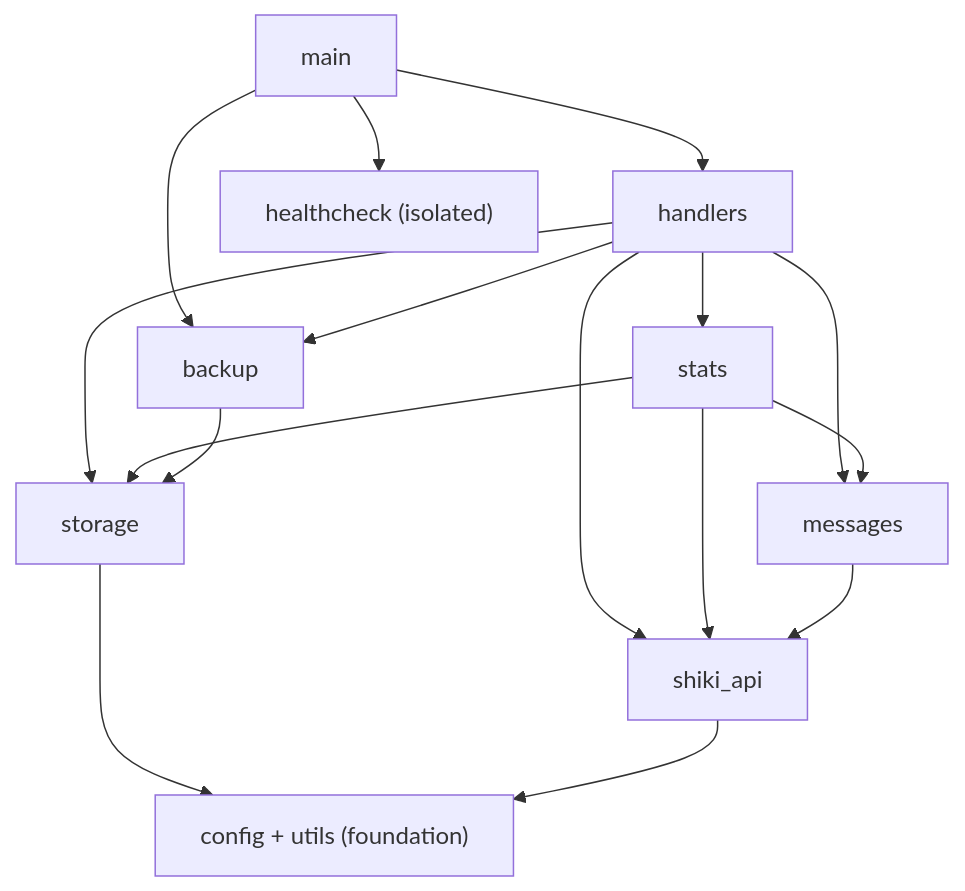
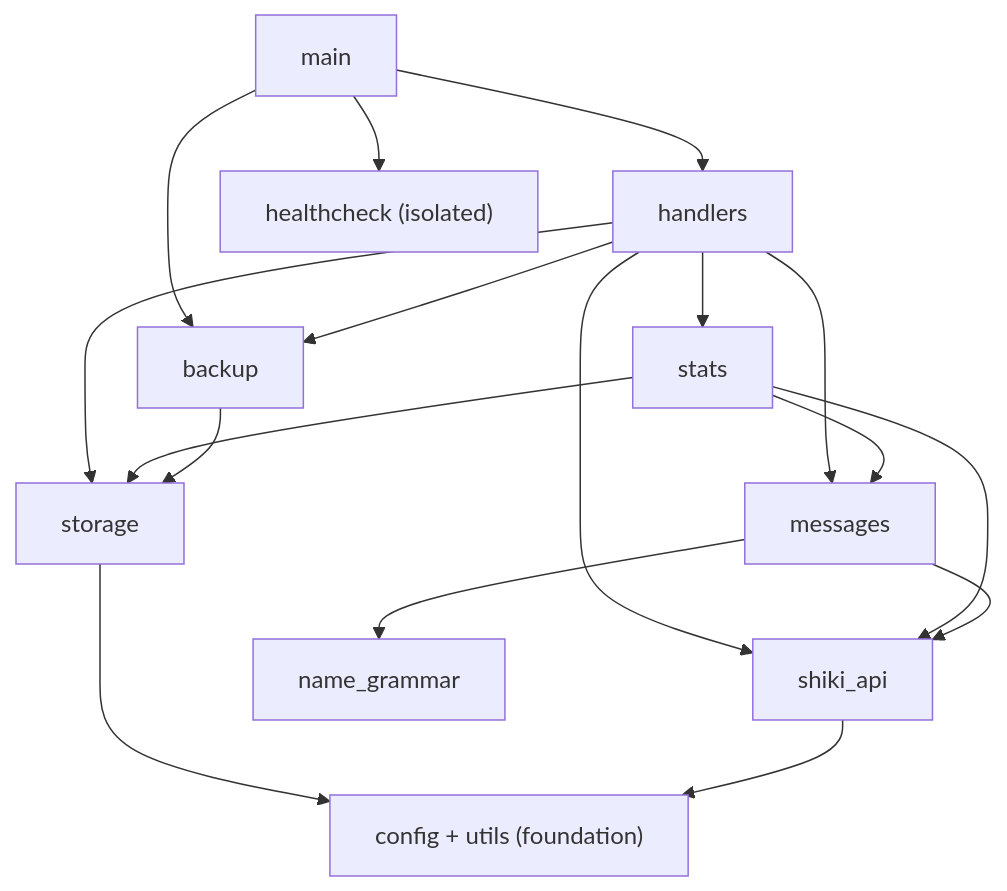
The diagram in AGENTS.md (WorgaNomoR/ShikiUpdatesBot), drawn with Mermaid before and after one commit. The commit also changed other lines of this file and 13 other files, not shown here.

First line of the commit message:
Add automatic Russian display-name grammar (#40)

````diff
--- a/AGENTS.md
+++ b/AGENTS.md
@@ -61,19 +62,20 @@
 ```mermaid
 graph TD
     main --> handlers
     main --> backup
     main --> healthcheck
     handlers --> backup
     handlers --> stats
     handlers --> messages
     handlers --> shiki_api
     handlers --> storage
     stats --> messages
     stats --> shiki_api
     stats --> storage
+    messages --> name_grammar
     messages --> shiki_api
     backup --> storage
     storage --> base["config + utils (foundation)"]
     shiki_api --> base
     healthcheck["healthcheck (isolated)"]
 ```
````
